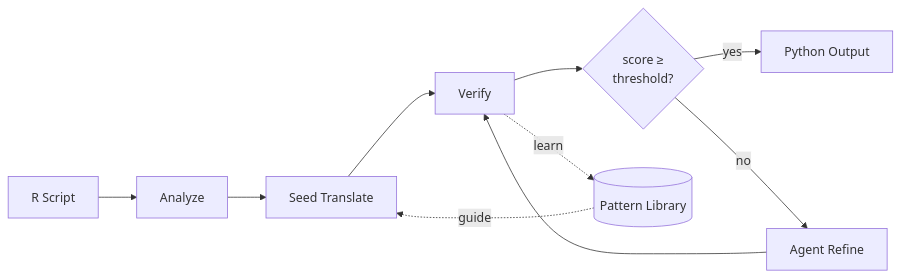
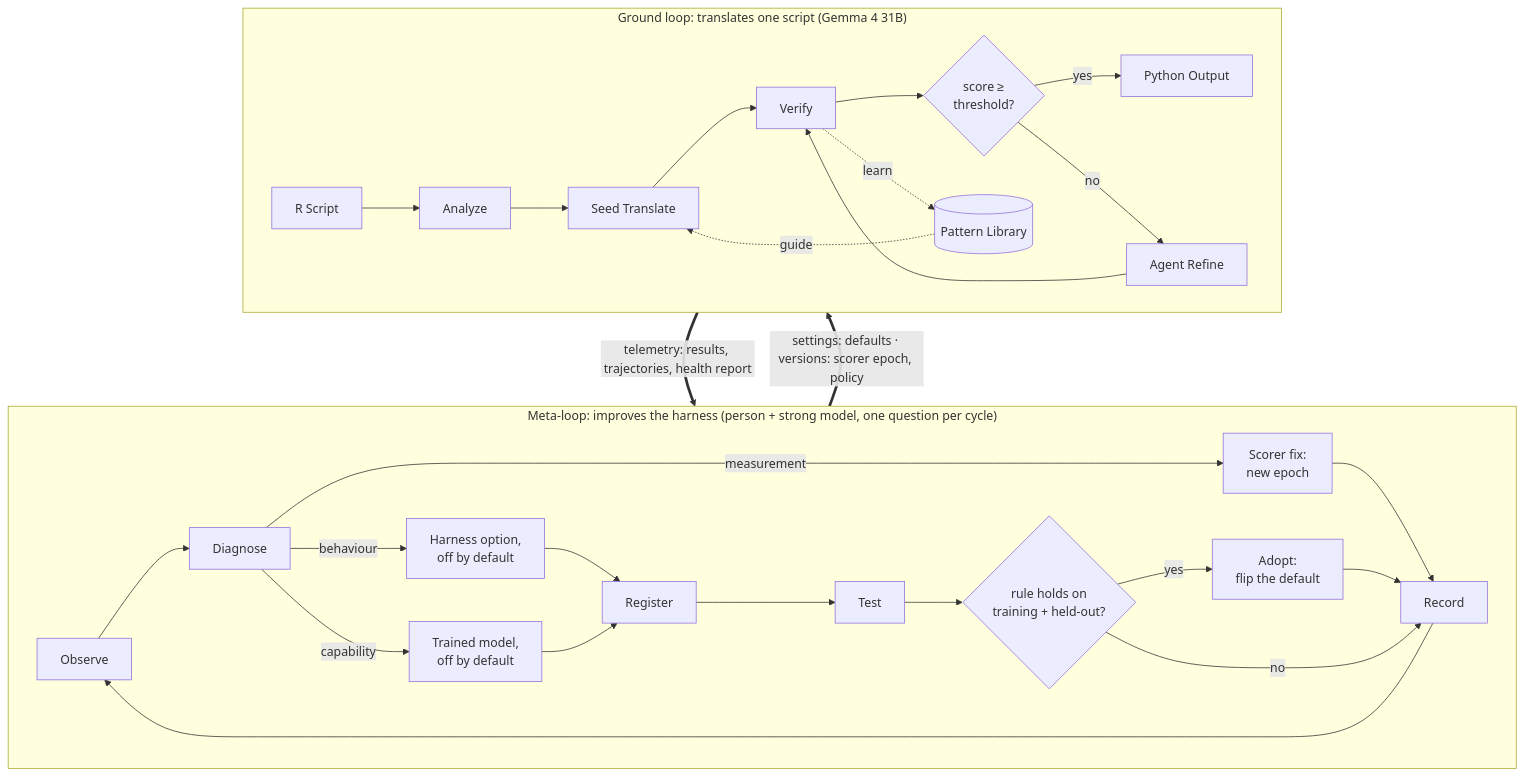
Before and after one commit to bkam235/r2py: the diagram in README.md, drawn with Mermaid. The commit also changed other lines of this file and 1 other file, not shown here.

Commit message:
Docs: the meta-loop in README and architecture.md
architecture.md: new section 12.7 (two loops, three interfaces, the objective, scorer/harness/learning tracks,
registered tests and decision rules, invariants, relation to D5/D6) and a pointer in the overview. README: the
How It Works diagram shows the ground loop and the meta-loop with telemetry and settings between them; a
meta-loop section, a design decision, module table rows and the current plateau (0.816, epoch 9).

````diff
--- a/README.md
+++ b/README.md
@@ -28,12 +28,33 @@
 ```mermaid
-flowchart LR
-    R["R Script"] --> A["Analyze"]
-    A --> S["Seed Translate"]
-    S --> V["Verify"]
-    V --> D{"score ≥\nthreshold?"}
-    D -- yes --> P["Python Output"]
-    D -- no --> AG["Agent Refine"]
-    AG --> V
-    V -. learn .-> L[("Pattern Library")]
-    L -. guide .-> S
+flowchart TB
+    subgraph META["Meta-loop: improves the harness (person + strong model, one question per cycle)"]
+        direction LR
+        O["Observe"] --> DG["Diagnose"]
+        DG -- measurement --> SC["Scorer fix:<br/>new epoch"]
+        DG -- behaviour --> H["Harness option,<br/>off by default"]
+        DG -- capability --> TM["Trained model,<br/>off by default"]
+        H --> RG["Register"]
+        TM --> RG
+        RG --> T["Test"]
+        T --> DC{"rule holds on<br/>training + held-out?"}
+        DC -- yes --> AD["Adopt:<br/>flip the default"]
+        DC -- no --> REC["Record"]
+        SC --> REC
+        AD --> REC
+        REC --> O
+    end
+    subgraph GROUND["Ground loop: translates one script (Gemma 4 31B)"]
+        direction LR
+        R["R Script"] --> A["Analyze"]
+        A --> S["Seed Translate"]
+        S --> V["Verify"]
+        V --> D{"score ≥<br/>threshold?"}
+        D -- yes --> P["Python Output"]
+        D -- no --> AG["Agent Refine"]
+        AG --> V
+        V -. learn .-> L[("Pattern Library")]
+        L -. guide .-> S
+    end
+    META == "settings: defaults · versions: scorer epoch, policy" ==> GROUND
+    GROUND == "telemetry: results, trajectories, health report" ==> META
 ```
````
